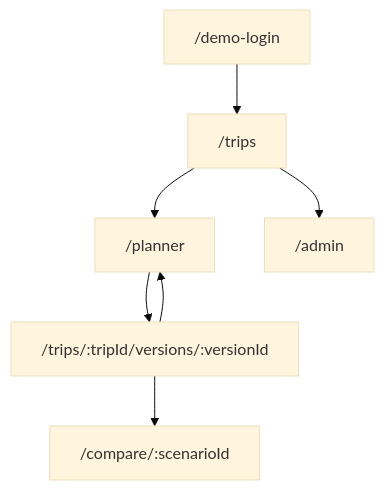
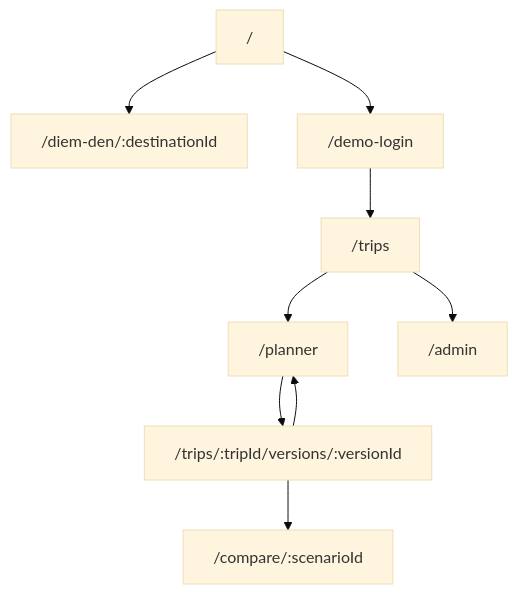
One commit to younglonelyboiz/SmartTrip-AI changed the second of 3 diagrams in docs/04-INFORMATION_ARCHITECTURE.md. Above: the diagram before and after it, drawn with Mermaid (base theme). The commit also changed other lines of this file and 18 other files, not shown here.

````diff
--- a/docs/04-INFORMATION_ARCHITECTURE.md
+++ b/docs/04-INFORMATION_ARCHITECTURE.md
@@ -4,9 +90,11 @@
 ```mermaid
 flowchart TD
- L["/demo-login"] --> T["/trips"]
+ E["/"] --> D["/diem-den/:destinationId"]
+ E --> L["/demo-login"]
+ L --> T["/trips"]
  T --> P["/planner"]
  P --> I["/trips/:tripId/versions/:versionId"]
  I --> C["/compare/:scenarioId"]
  I --> P
  T --> A["/admin"]
 ```
````
